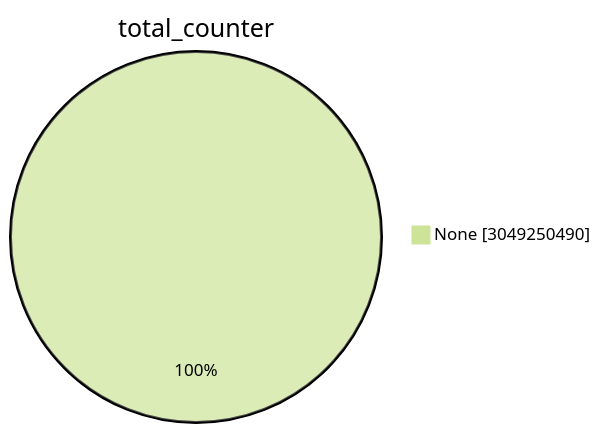
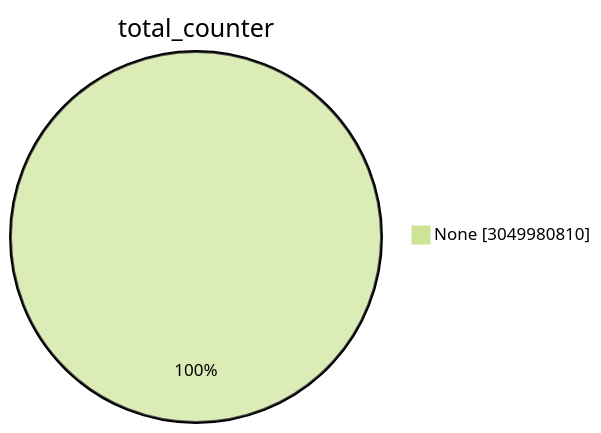
One commit to christiankrug/ctmonitor_visualization changed the first of 15 diagrams in TOTAL/README.md. Above: the diagram before and after it, drawn with Mermaid (forest theme). The commit also changed other lines of this file, not shown here.

````diff
--- a/TOTAL/README.md
+++ b/TOTAL/README.md
@@ -1,5 +1,5 @@
 ```mermaid
 pie showData
 title total_counter
-"None" :3049250490
+"None" :3049980810
 ```
````
